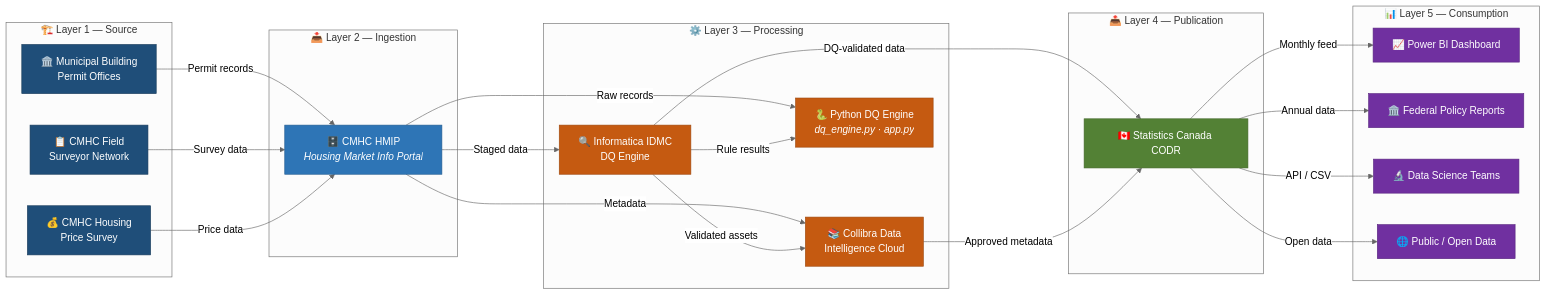
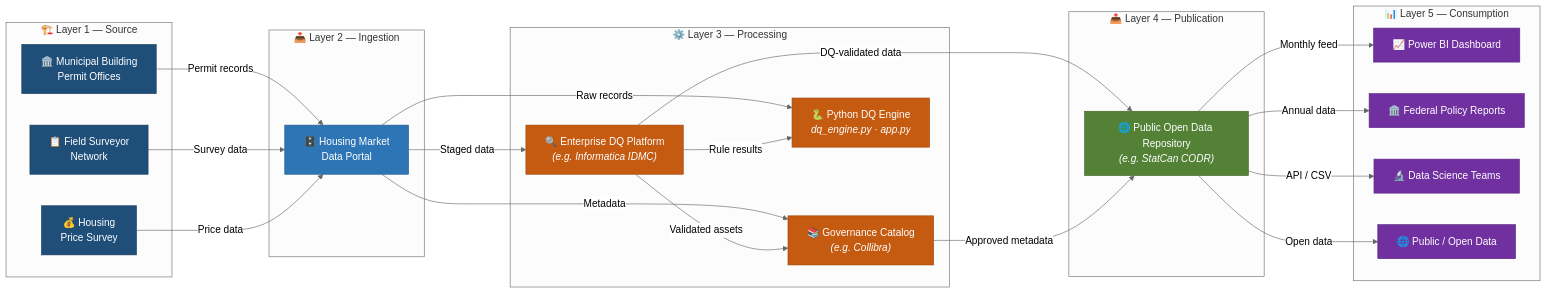
The diagram in README.md (rkdhakal/canadian-housing-data-governance), drawn with Mermaid (neutral theme) before and after one commit. The commit also changed other lines of this file and 17 other files, not shown here.

Commit message:
Reframe governance artifacts as a generic enterprise setup

````diff
--- a/README.md
+++ b/README.md
@@ -81,50 +79,50 @@
 ```mermaid
 graph LR
     subgraph SOURCE ["🏗️ Layer 1 — Source"]
         S1["🏛️ Municipal Building<br/>Permit Offices"]
-        S2["📋 CMHC Field<br/>Surveyor Network"]
-        S3["💰 CMHC Housing<br/>Price Survey"]
+        S2["📋 Field Surveyor<br/>Network"]
+        S3["💰 Housing<br/>Price Survey"]
     end
     subgraph INGEST ["📥 Layer 2 — Ingestion"]
-        I1["🗄️ CMHC HMIP<br/><i>Housing Market Info Portal</i>"]
+        I1["🗄️ Housing Market<br/>Data Portal"]
     end
     subgraph PROCESS ["⚙️ Layer 3 — Processing"]
-        P1["🔍 Informatica IDMC <br/> DQ Engine"]
-        P2["📚 Collibra Data <br/>Intelligence Cloud"]
+        P1["🔍 Enterprise DQ Platform<br/><i>(e.g. Informatica IDMC)</i>"]
+        P2["📚 Governance Catalog<br/><i>(e.g. Collibra)</i>"]
         P3["🐍 Python DQ Engine<br/><i>dq_engine.py · app.py</i>"]
     end
     subgraph PUBLISH ["📤 Layer 4 — Publication"]
-        PB1["🇨🇦 Statistics Canada CODR"]
+        PB1["🌐 Public Open Data Repository<br/><i>(e.g. StatCan CODR)</i>"]
     end
     subgraph CONSUME ["📊 Layer 5 — Consumption"]
         C1["📈 Power BI Dashboard"]
         C2["🏛️ Federal Policy Reports"]
         C3["🔬 Data Science Teams"]
         C4["🌐 Public / Open Data"]
     end
     S1 -->|"Permit records"| I1
     S2 -->|"Survey data"| I1
     S3 -->|"Price data"| I1
     I1 -->|"Staged data"| P1
     I1 -->|"Metadata"| P2
     I1 -->|"Raw records"| P3
     P1 -->|"Validated assets"| P2
     P1 -->|"Rule results"| P3
     P1 -->|"DQ-validated data"| PB1
     P2 -->|"Approved metadata"| PB1
     PB1 -->|"Monthly feed"| C1
     PB1 -->|"Annual data"| C2
     PB1 -->|"API / CSV"| C3
     PB1 -->|"Open data"| C4
 
     classDef source fill:#1F4E79,stroke:#1a3d5c,color:#fff
     classDef ingest fill:#2E75B6,stroke:#245d91,color:#fff
     classDef process fill:#C55A11,stroke:#9e480e,color:#fff
     classDef publish fill:#538135,stroke:#42672a,color:#fff
     classDef consume fill:#7030A0,stroke:#5a2680,color:#fff
     class S1,S2,S3 source
     class I1 ingest
     class P1,P2,P3 process
     class PB1 publish
     class C1,C2,C3,C4 consume
 ```
````
